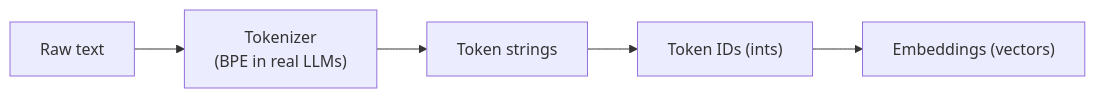
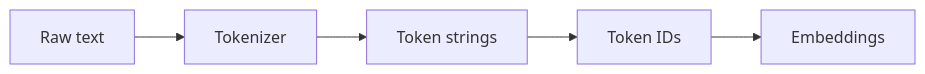
Before and after one commit to snowch/snowch.github.io: the second of 4 diagrams in ai-eng/transformer/TR01_transformers_tokens_to_next_token.md, drawn with Mermaid. The commit also changed other lines of this file, not shown here.

````diff
--- a/ai-eng/transformer/TR01_transformers_tokens_to_next_token.md
+++ b/ai-eng/transformer/TR01_transformers_tokens_to_next_token.md
@@ -50,7 +80,7 @@
 ```{mermaid}
-flowchart LR;
-  A["Raw text"] --> B["Tokenizer\n(BPE in real LLMs)"];
-  B --> C["Token strings"];
-  C --> D["Token IDs (ints)"];
-  D --> E["Embeddings (vectors)"];
+flowchart LR
+  A["Raw text"] --> B["Tokenizer"]
+  B --> C["Token strings"]
+  C --> D["Token IDs"]
+  D --> E["Embeddings"]
 ```
````
